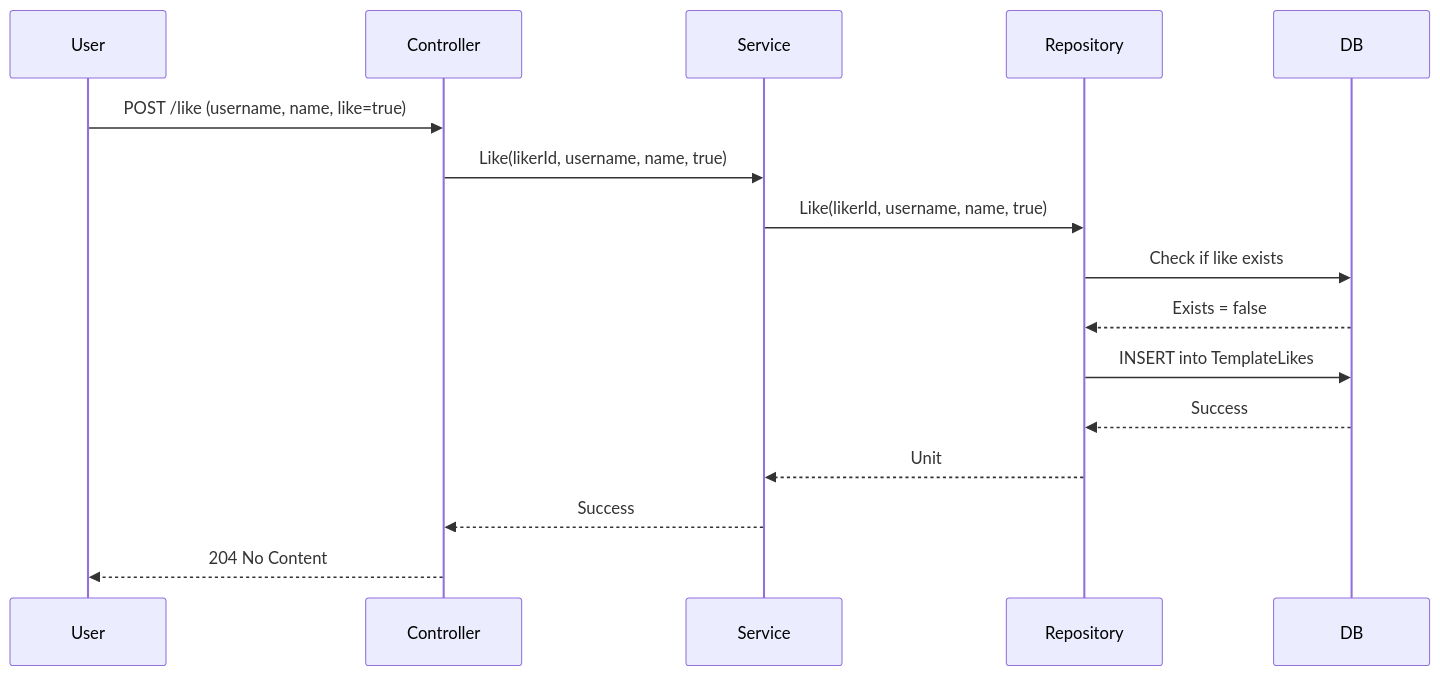
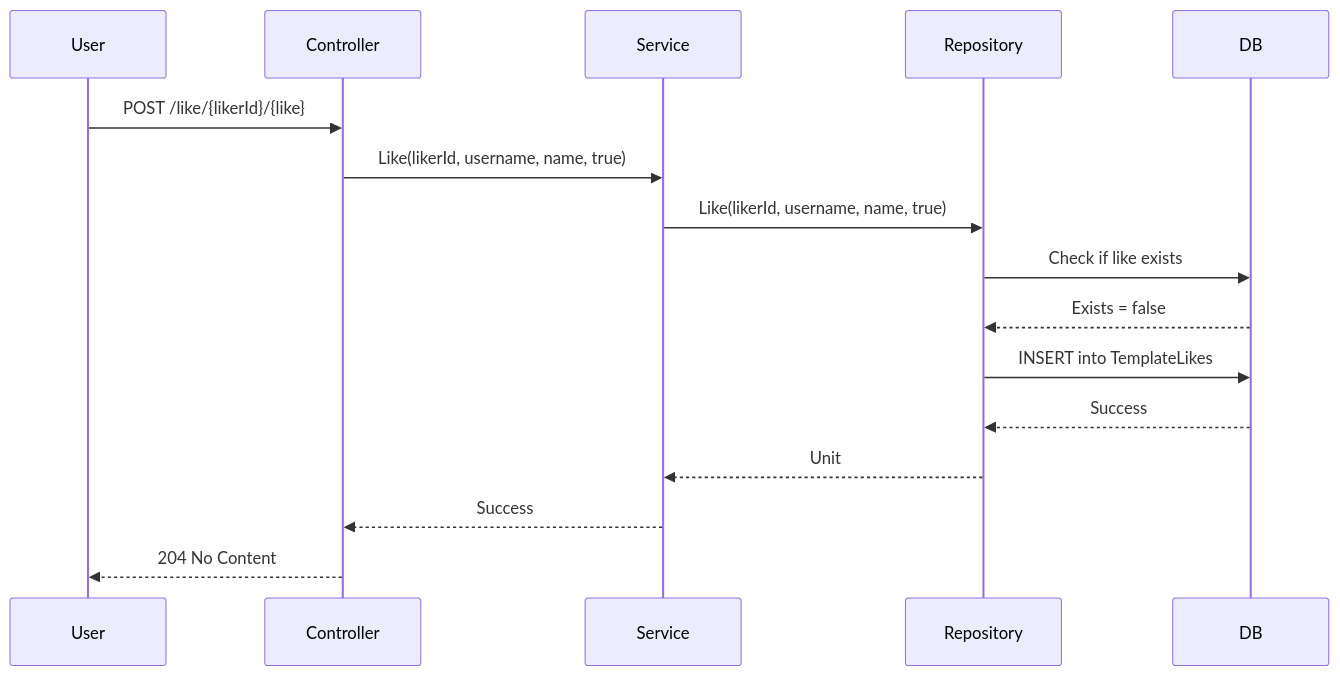
One commit to AtomiCloud/sulfone.zinc changed the second of 5 diagrams in docs/developer/concepts/06-like.md. Above: the diagram before and after it, drawn with Mermaid. The commit also changed 3 other files, not shown here.

````diff
--- a/docs/developer/concepts/06-like.md
+++ b/docs/developer/concepts/06-like.md
@@ -61,19 +61,19 @@
 ```mermaid
 sequenceDiagram
     participant User
     participant Controller
     participant Service
     participant Repository
     participant DB
 
-    User->>Controller: POST /like (username, name, like=true)
+    User->>Controller: POST /like/{likerId}/{like}
     Controller->>Service: Like(likerId, username, name, true)
     Service->>Repository: Like(likerId, username, name, true)
     Repository->>DB: Check if like exists
     DB-->>Repository: Exists = false
     Repository->>DB: INSERT into TemplateLikes
     DB-->>Repository: Success
     Repository-->>Service: Unit
     Service-->>Controller: Success
     Controller-->>User: 204 No Content
 ```
````
